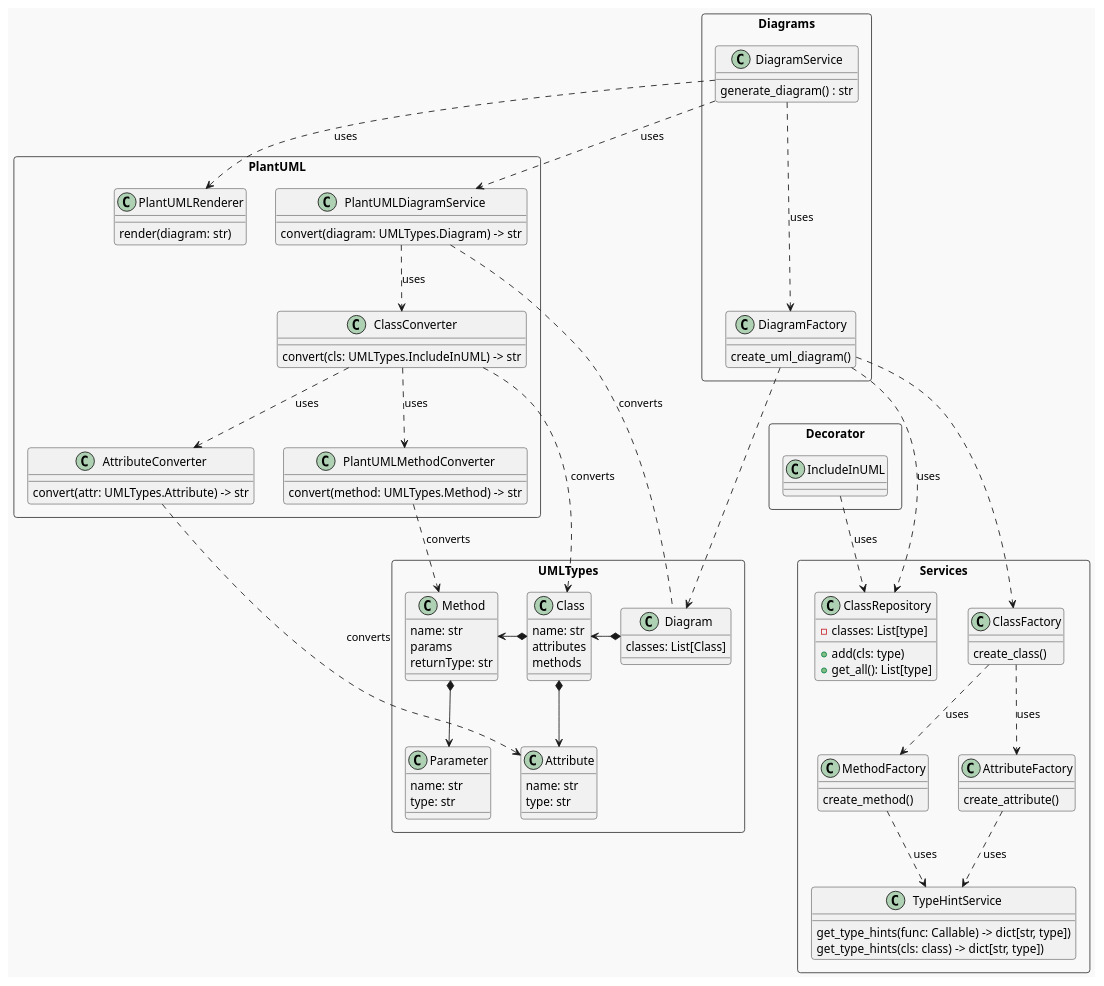
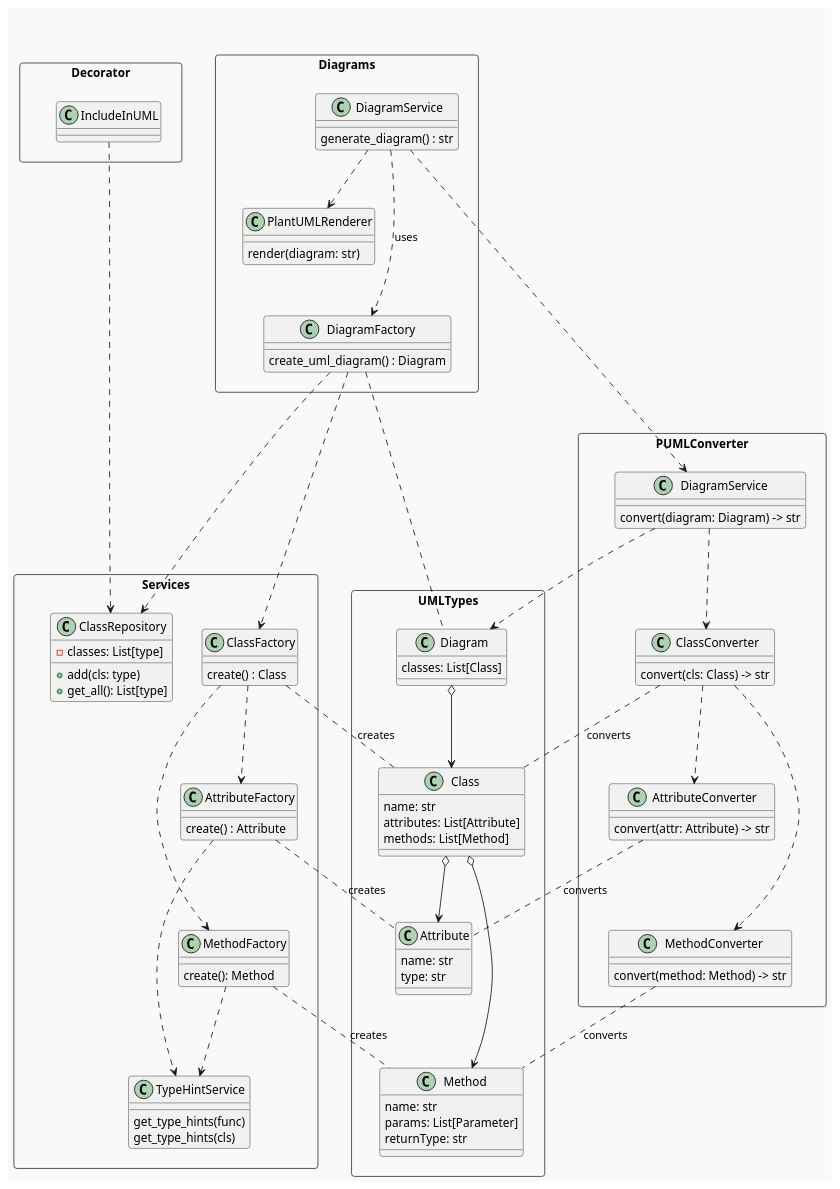
Before and after one commit to Softoft/pdgen: the diagram in python-lib/docs/pdgen-simple-class.puml, drawn with PlantUML.

Commit message:
improved documentation, architecture!

```diff
--- a/python-lib/docs/pdgen-simple-class.puml
+++ b/python-lib/docs/pdgen-simple-class.puml
@@ -1,130 +1,144 @@
 @startuml
 !theme mars
 
+' UMLTypes: Core data types for representing UML diagrams
 rectangle UMLTypes {
-    class Diagram{
+    class Diagram {
         classes: List[Class]
     }
 
-    class Class{
+    class Class {
         name: str
-        attributes
-        methods
+        attributes: List[Attribute]
+        methods: List[Method]
     }
-    class Method{
+
+    class Method {
         name: str
-        params
+        params: List[Parameter]
         returnType: str
     }
 
-    class Attribute{
+    class Attribute {
         name: str
         type: str
     }
 
-    class Parameter{
-        name: str
-        type: str
-    }
+    Diagram o-down-> Class
+    Class o-down-> Attribute
+    Class o-down-> Method
 
+    Attribute -[hidden]down- Method
 
-    Class *-down-> Attribute
-    Class *-> Method
-    Method *-down-> Parameter
-    Method -[hidden]right- Attribute
-    Diagram *-> Class
-}
-
-rectangle Decorator {
-    class IncludeInUML{
-    }
 }
 
 
 
+' Decorator: Decorators for marking classes/methods to include in diagrams
+rectangle Decorator {
+    class IncludeInUML {}
+}
+
+' Services: Factories and repositories for managing UML-related data
 rectangle Services {
     class ClassRepository {
         - classes: List[type]
         + add(cls: type)
         + get_all(): List[type]
     }
-    class TypeHintService{
-        get_type_hints(func: Callable) -> dict[str, type])
-        get_type_hints(cls: class) -> dict[str, type])
+
+    class TypeHintService {
+        get_type_hints(func)
+        get_type_hints(cls)
     }
 
-    class MethodFactory{
-        create_method()
+    class ClassFactory {
+        create() : Class
     }
 
-    class AttributeFactory{
-        create_attribute()
+    class MethodFactory {
+        create(): Method
     }
 
-    class ClassFactory{
-        create_class()
+    class AttributeFactory {
+        create() : Attribute
     }
 
-    ClassFactory ..> MethodFactory: uses
-    ClassFactory ..> AttributeFactory: uses
+    ClassFactory .down.> MethodFactory
+    ClassFactory .down.> AttributeFactory
 
-    MethodFactory ..> TypeHintService: uses
-    AttributeFactory ..> TypeHintService: uses
+
+
+    MethodFactory ..> TypeHintService
+    AttributeFactory ..> TypeHintService
+
+    AttributeFactory -[hidden]down- MethodFactory
 }
 
-rectangle Diagrams{
+' Diagrams: Handles overall diagram generation and processing
+rectangle Diagrams {
     class DiagramService {
         generate_diagram() : str
     }
 
-    class DiagramFactory{
-        create_uml_diagram()
+    class DiagramFactory {
+        create_uml_diagram() : Diagram
     }
+
+    class PlantUMLRenderer {
+        render(diagram: str)
+    }
+
     DiagramService ...> DiagramFactory: uses
+    Diagrams.DiagramService ..> PlantUMLRenderer
 }
 
-rectangle PlantUML{
-    class PlantUMLDiagramService{
-        convert(diagram: UMLTypes.Diagram) -> str
-    }
-    class ClassConverter{
-        convert(cls: UMLTypes.IncludeInUML) -> str
+' PlantUML: Converts UML data into PlantUML format
+rectangle PUMLConverter {
+    class DiagramService {
+        convert(diagram: Diagram) -> str
     }
 
-    class AttributeConverter{
-        convert(attr: UMLTypes.Attribute) -> str
+    class ClassConverter {
+        convert(cls: Class) -> str
     }
 
-    class PlantUMLMethodConverter{
-        convert(method: UMLTypes.Method) -> str
+    class AttributeConverter {
+        convert(attr: Attribute) -> str
     }
 
-    class PlantUMLRenderer{
-        render(diagram: str)
+    class MethodConverter {
+        convert(method: Method) -> str
     }
-    PlantUMLDiagramService ..> ClassConverter: uses
-    ClassConverter ..> AttributeConverter: uses
-    ClassConverter ..> PlantUMLMethodConverter: uses
-}
-
-' Decorator Relations
-Decorator.IncludeInUML .down.> ClassRepository: uses
-
-' PlantUML Relations:
-
-ClassConverter ..> UMLTypes.Class: converts
-AttributeConverter ..> UMLTypes.Attribute: converts
-PlantUMLMethodConverter ..> UMLTypes.Method: converts
 
 
-' Services Relations:
+
+    DiagramService ..> ClassConverter
+    ClassConverter ..> AttributeConverter
+    ClassConverter ..> MethodConverter
+
+    AttributeConverter -[hidden]down- MethodConverter
+}
+Decorator -[hidden]right- Diagrams
+Decorator -[hidden]down- Services
+Services -[hidden]right- UMLTypes
+UMLTypes -[hidden]right- PUMLConverter
+' Services Relationships
+MethodFactory .right. UMLTypes.Method: creates
+AttributeFactory .right. UMLTypes.Attribute: creates
+ClassFactory .right. UMLTypes.Class: creates
+
+Decorator.IncludeInUML .down.> ClassRepository
+
+PUMLConverter.DiagramService ..> UMLTypes.Diagram
+ClassConverter .. UMLTypes.Class: converts
+AttributeConverter .. UMLTypes.Attribute: converts
+MethodConverter .. UMLTypes.Method: converts
+
 DiagramFactory ...> ClassFactory
-DiagramFactory ...> ClassRepository: uses
-DiagramFactory ..> UMLTypes.Diagram
+DiagramFactory ...> ClassRepository
+DiagramFactory .. UMLTypes.Diagram
 
-' Diagrams Relations:
-PlantUMLDiagramService .. UMLTypes.Diagram: converts
-DiagramService ..> PlantUMLDiagramService: uses
-DiagramService ..> PlantUMLRenderer: uses
+Diagrams.DiagramService ..> PUMLConverter.DiagramService
 
 @enduml
```
